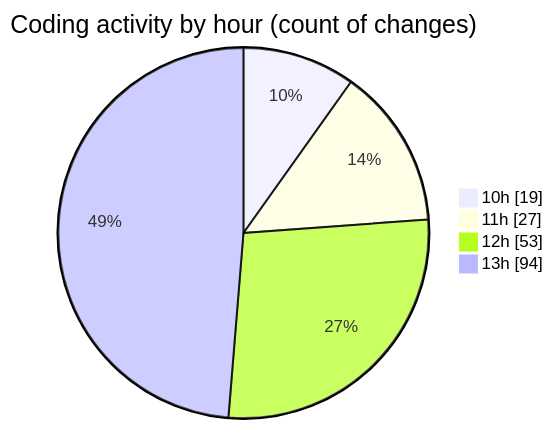
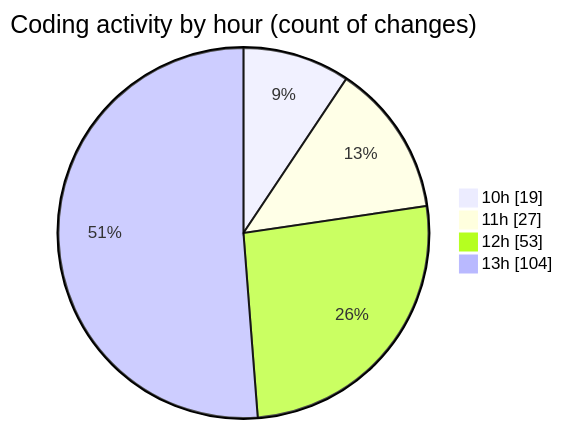
The second of 2 diagrams in 2025-03-18/cda/README.md (momahboobian/code-tracking), drawn with Mermaid before and after one commit. The commit also changed other lines of this file and 1 other file, not shown here.

````diff
--- a/2025-03-18/cda/README.md
+++ b/2025-03-18/cda/README.md
@@ -42,8 +42,8 @@
 ```mermaid
 pie showData
 title Coding activity by hour (count of changes)
 "10h" : 19
 "11h" : 27
 "12h" : 53
-"13h" : 94
+"13h" : 104
 ```
````
